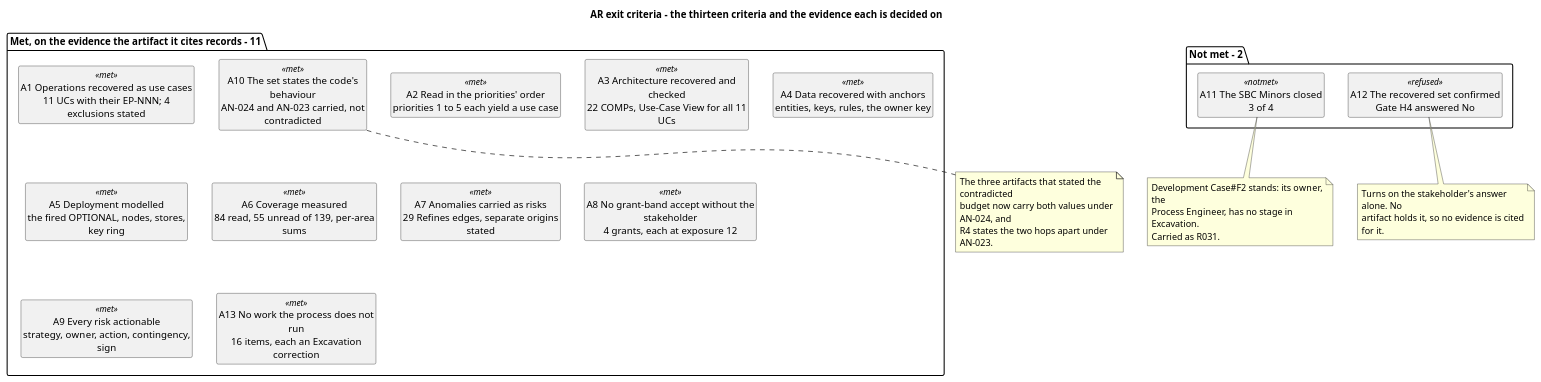
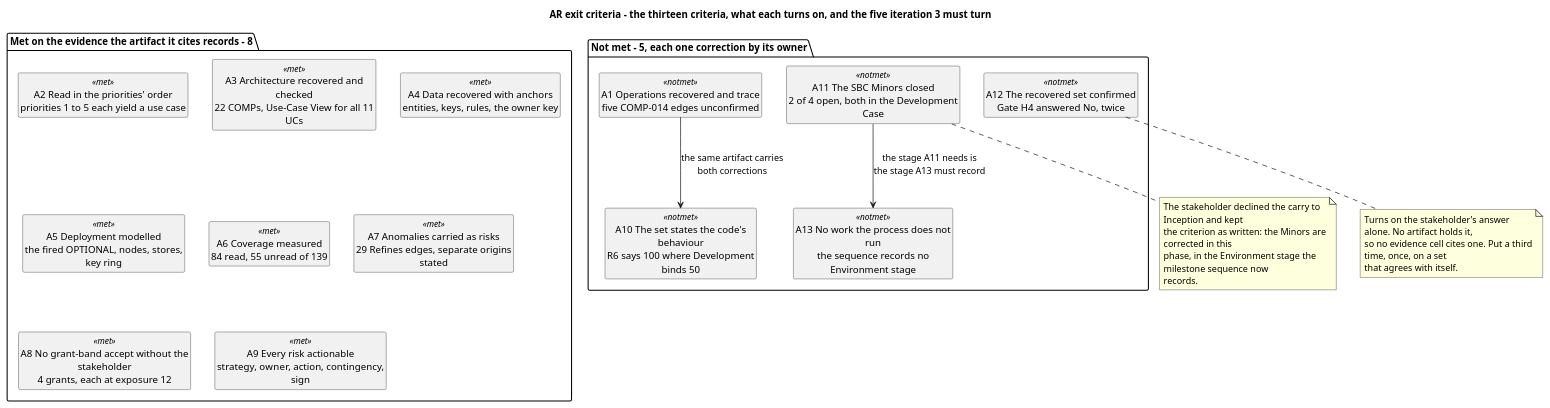
Before and after one commit to banense-test/TodoApp: the eighth of 8 diagrams in docs/artifacts/project-management/iteration-plan.md, drawn with PlantUML. The commit also changed other lines of this file, not shown here.

Commit message:
Project Manager [Excavation2]: upsert Iteration Plan
[skip ci]

````diff
--- a/docs/artifacts/project-management/iteration-plan.md
+++ b/docs/artifacts/project-management/iteration-plan.md
@@ -691,45 +691,44 @@
 ```plantuml
 @startuml
-title AR exit criteria - the thirteen criteria and the evidence each is decided on
-
+title AR exit criteria - the thirteen criteria, what each turns on, and the five iteration 3 must turn
 skinparam shadowing false
 skinparam classAttributeIconSize 0
 skinparam wrapWidth 250
 hide circle
 hide empty members
 
-package "Met, on the evidence the artifact it cites records - 11" {
-  class "A1 Operations recovered as use cases\n11 UCs with their EP-NNN; 4 exclusions stated" as A1 <<met>>
+package "Met on the evidence the artifact it cites records - 8" {
   class "A2 Read in the priorities' order\npriorities 1 to 5 each yield a use case" as A2 <<met>>
   class "A3 Architecture recovered and checked\n22 COMPs, Use-Case View for all 11 UCs" as A3 <<met>>
   class "A4 Data recovered with anchors\nentities, keys, rules, the owner key" as A4 <<met>>
   class "A5 Deployment modelled\nthe fired OPTIONAL, nodes, stores, key ring" as A5 <<met>>
-  class "A6 Coverage measured\n84 read, 55 unread of 139, per-area sums" as A6 <<met>>
+  class "A6 Coverage measured\n84 read, 55 unread of 139" as A6 <<met>>
   class "A7 Anomalies carried as risks\n29 Refines edges, separate origins stated" as A7 <<met>>
   class "A8 No grant-band accept without the stakeholder\n4 grants, each at exposure 12" as A8 <<met>>
   class "A9 Every risk actionable\nstrategy, owner, action, contingency, sign" as A9 <<met>>
-  class "A10 The set states the code's behaviour\nAN-024 and AN-023 carried, not contradicted" as A10 <<met>>
-  class "A13 No work the process does not run\n16 items, each an Excavation correction" as A13 <<met>>
 }
 
-package "Not met - 2" {
-  class "A11 The SBC Minors closed\n3 of 4" as A11 <<notmet>>
-  class "A12 The recovered set confirmed\nGate H4 answered No" as A12 <<refused>>
+package "Not met - 5, each one correction by its owner" {
+  class "A1 Operations recovered and trace\nfive COMP-014 edges unconfirmed" as A1 <<notmet>>
+  class "A10 The set states the code's behaviour\nR6 says 100 where Development binds 50" as A10 <<notmet>>
+  class "A11 The SBC Minors closed\n2 of 4 open, both in the Development Case" as A11 <<notmet>>
+  class "A12 The recovered set confirmed\nGate H4 answered No, twice" as A12 <<notmet>>
+  class "A13 No work the process does not run\nthe sequence records no Environment stage" as A13 <<notmet>>
 }
 
+A1 --> A10 : the same artifact carries\nboth corrections
+A11 --> A13 : the stage A11 needs is\nthe stage A13 must record
+
 note bottom of A11
-  Development Case#F2 stands: its owner, the
-  Process Engineer, has no stage in Excavation.
-  Carried as R031.
+  The stakeholder declined the carry to Inception and kept
+  the criterion as written: the Minors are corrected in this
+  phase, in the Environment stage the milestone sequence now
+  records.
 end note
 note bottom of A12
-  Turns on the stakeholder's answer alone. No
-  artifact holds it, so no evidence is cited for it.
-end note
-note bottom of A10
-  The three artifacts that stated the contradicted
-  budget now carry both values under AN-024, and
-  R4 states the two hops apart under AN-023.
+  Turns on the stakeholder's answer alone. No artifact holds it,
+  so no evidence cell cites one. Put a third time, once, on a set
+  that agrees with itself.
 end note
 @enduml
 ```
````
